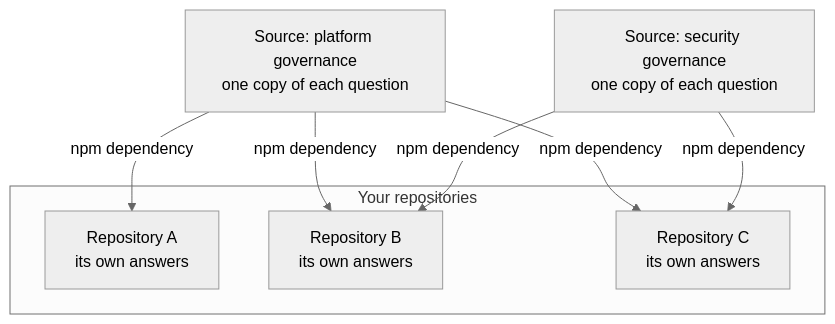
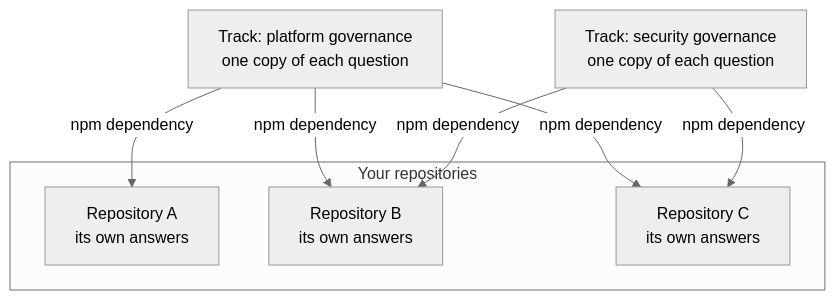
One commit to trivoallan/ontrack changed the third of 3 diagrams in docs/how-it-works.md. Above: the diagram before and after it, drawn with Mermaid (neutral theme). The commit also changed other lines of this file and 67 other files, not shown here.

````diff
--- a/docs/how-it-works.md
+++ b/docs/how-it-works.md
@@ -111,12 +111,12 @@
 ```mermaid
 flowchart TD
-  platform["Source: platform governance<br/>one copy of each question"]
-  security["Source: security governance<br/>one copy of each question"]
+  platform["Track: platform governance<br/>one copy of each question"]
+  security["Track: security governance<br/>one copy of each question"]
   subgraph repos["Your repositories"]
     a["Repository A<br/>its own answers"]
     b["Repository B<br/>its own answers"]
     c["Repository C<br/>its own answers"]
   end
   platform -->|"npm dependency"| a & b & c
   security -->|"npm dependency"| b & c
 ```
````
